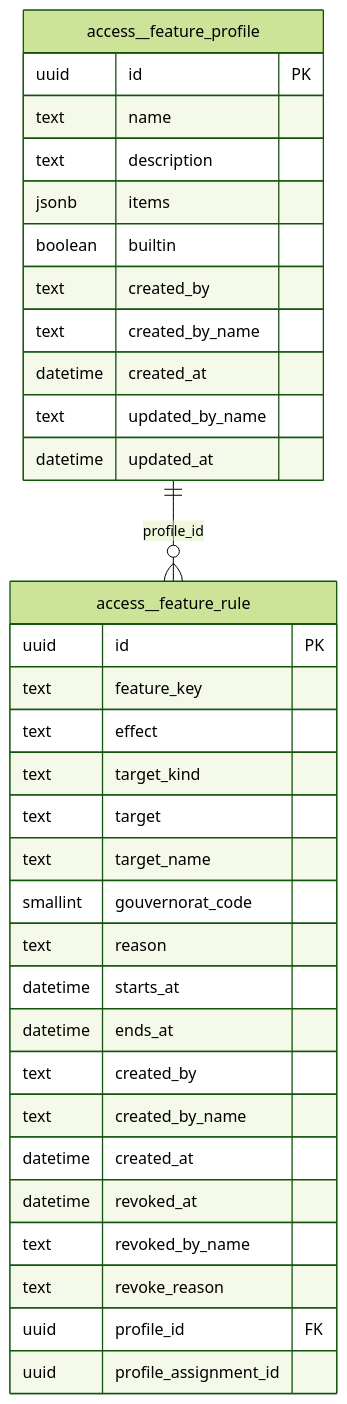
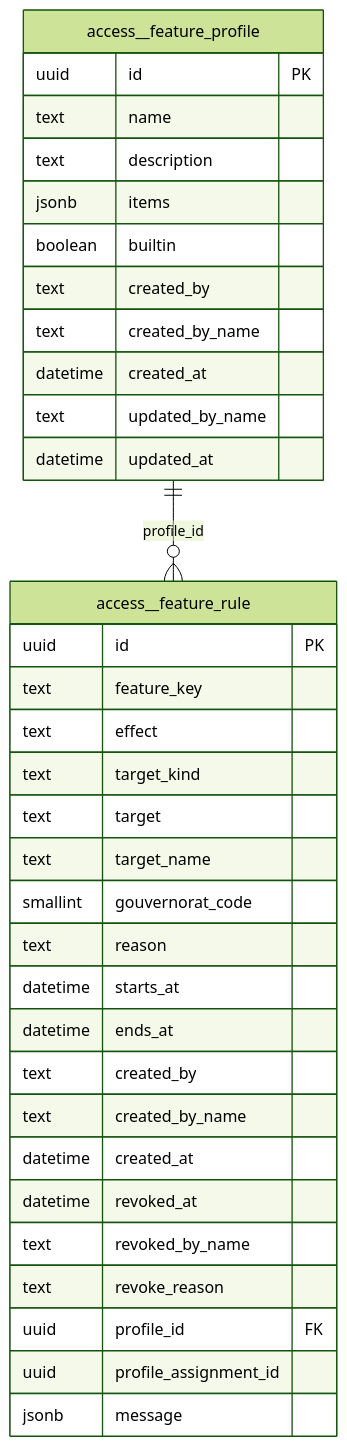
The first of 39 diagrams in docs/erd.md (mouhabouk/E-HIMAYA), drawn with Mermaid (forest theme) before and after one commit. The commit also changed 62 other files, not shown here.

````diff
--- a/docs/erd.md
+++ b/docs/erd.md
@@ -8,36 +8,37 @@
 ```mermaid
 erDiagram
     access__feature_profile {
         uuid id PK
         text name
         text description
         jsonb items
         boolean builtin
         text created_by
         text created_by_name
         datetime created_at
         text updated_by_name
         datetime updated_at
     }
     access__feature_rule {
         uuid id PK
         text feature_key
         text effect
         text target_kind
         text target
         text target_name
         smallint gouvernorat_code
         text reason
         datetime starts_at
         datetime ends_at
         text created_by
         text created_by_name
         datetime created_at
         datetime revoked_at
         text revoked_by_name
         text revoke_reason
         uuid profile_id FK
         uuid profile_assignment_id
+        jsonb message
     }
     access__feature_profile ||--o{ access__feature_rule : "profile_id"
 ```
````
